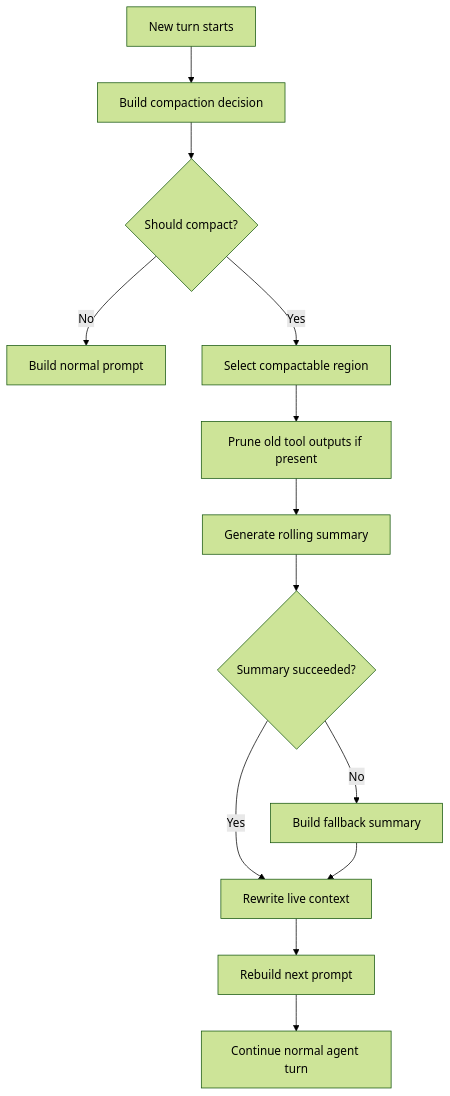
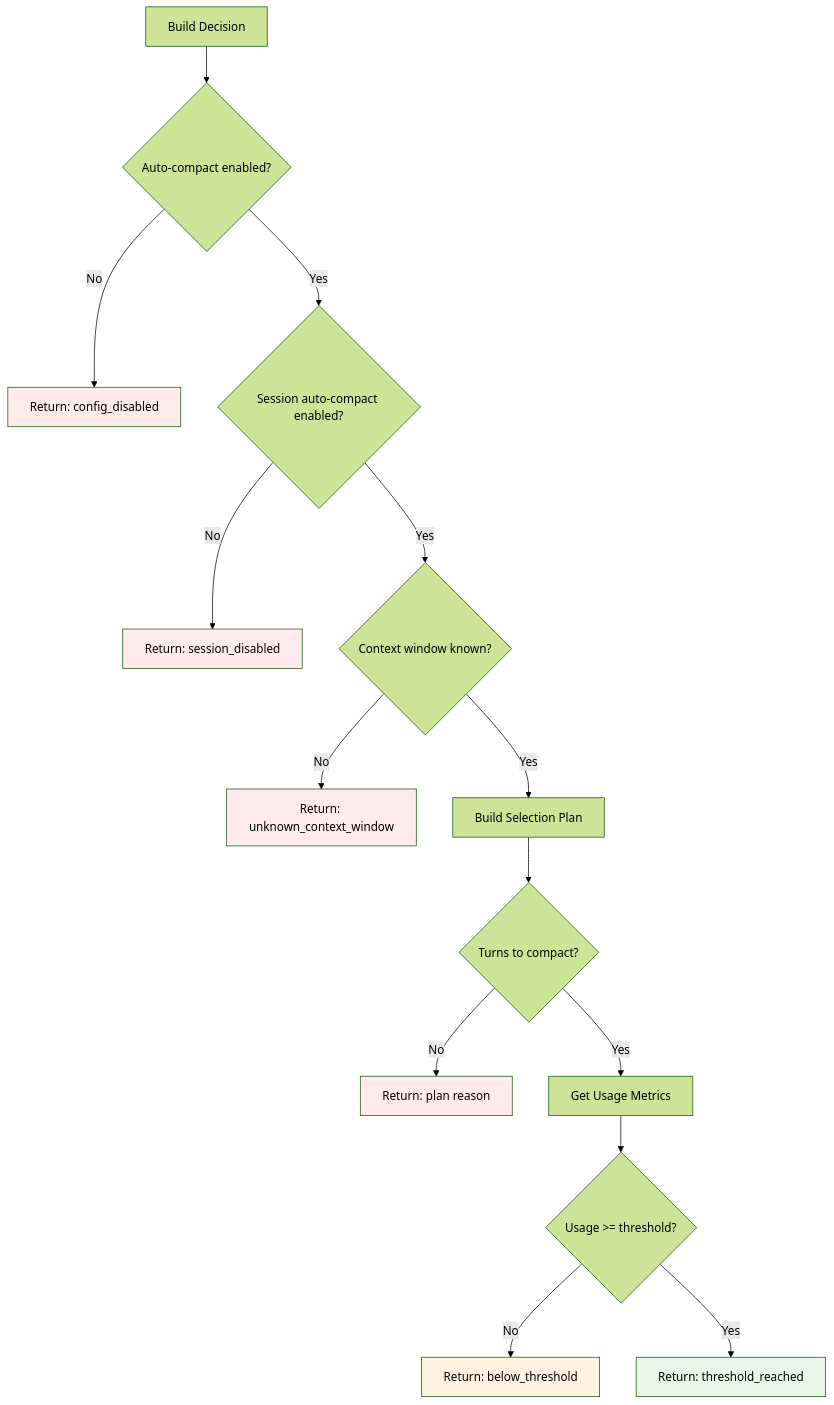
Before and after one commit to lastweek/nano-coder: the seventh of 12 diagrams in doc/context-compaction.md, drawn with Mermaid (forest theme). The commit also changed other lines of this file and 18 other files, not shown here.

````diff
--- a/doc/context-compaction.md
+++ b/doc/context-compaction.md
@@ -121,15 +412,23 @@
 ```mermaid
 flowchart TD
-    A[New turn starts] --> B[Build compaction decision]
-    B --> C{Should compact?}
-    C -- No --> D[Build normal prompt]
-    C -- Yes --> E[Select compactable region]
-    E --> F[Prune old tool outputs if present]
-    F --> G[Generate rolling summary]
-    G --> H{Summary succeeded?}
-    H -- Yes --> I[Rewrite live context]
-    H -- No --> J[Build fallback summary]
-    J --> I
-    I --> K[Rebuild next prompt]
-    K --> L[Continue normal agent turn]
+    A[Build Decision] --> B{Auto-compact enabled?}
+    B -- No --> C[Return: config_disabled]
+    B -- Yes --> D{Session auto-compact enabled?}
+    D -- No --> E[Return: session_disabled]
+    D -- Yes --> F{Context window known?}
+    F -- No --> G[Return: unknown_context_window]
+    F -- Yes --> H[Build Selection Plan]
+    H --> I{Turns to compact?}
+    I -- No --> J[Return: plan reason]
+    I -- Yes --> K[Get Usage Metrics]
+    K --> L{Usage >= threshold?}
+    L -- No --> M[Return: below_threshold]
+    L -- Yes --> N[Return: threshold_reached]
+
+    style C fill:#ffebee
+    style E fill:#ffebee
+    style G fill:#ffebee
+    style J fill:#ffebee
+    style M fill:#fff3e0
+    style N fill:#e8f5e9
 ```
````
